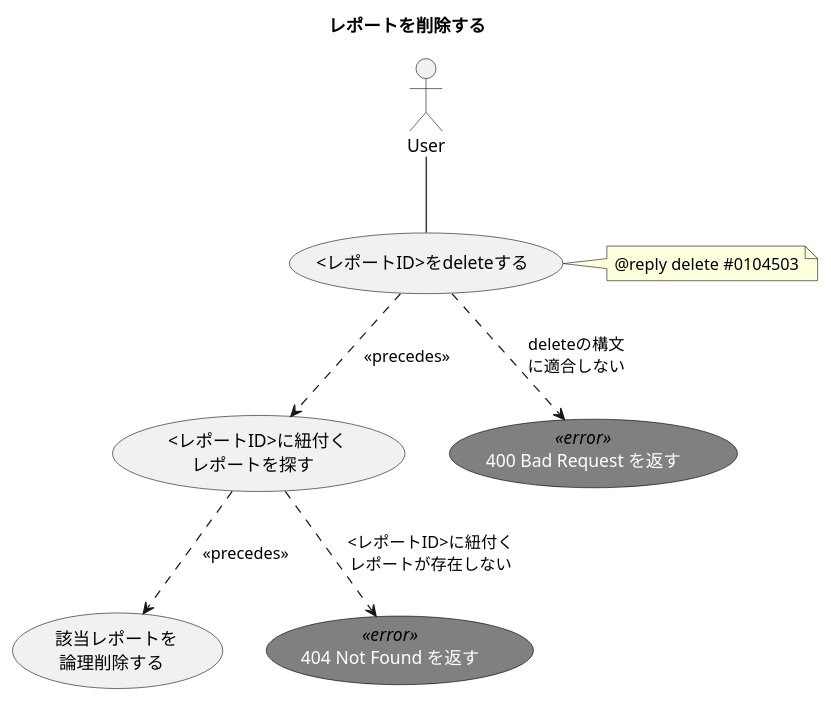
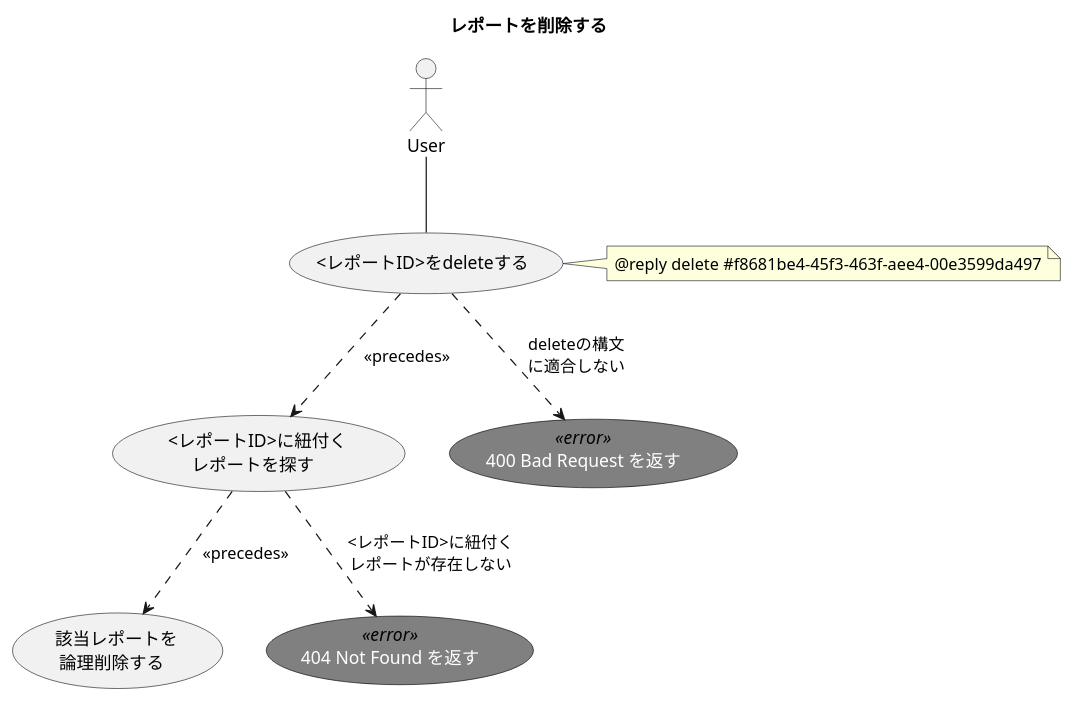
Before and after one commit to ito-masam/kpt-guard.doc: the diagram in 1.design/2.usecases/delete-report.md, drawn with PlantUML. The commit also changed 9 other files, not shown here.

```diff
--- a/1.design/2.usecases/delete-report.md
+++ b/1.design/2.usecases/delete-report.md
@@ -1,31 +1,31 @@
 @startuml
 
     ' ----------- meta
     title レポートを削除する
 
     skinparam usecase {
       FontColor<<error>> white
       FontName<<error>> Verdana
       BackgroundColor<<error>> gray
       BorderColor<<error>> black
     }
 
     actor User
 
     ' ----------- main
     User -- ( <レポートID>をdeleteする )
     ( <レポートID>をdeleteする ) ..> ( <レポートID>に紐付く\nレポートを探す ) : << precedes >>
     ( <レポートID>に紐付く\nレポートを探す ) ..> ( 該当レポートを\n論理削除する ) : << precedes >>
 
     note right of ( <レポートID>をdeleteする )
-      @reply delete #0104503
+      @reply delete #f8681be4-45f3-463f-aee4-00e3599da497
     end note
 
     ' ----------- alternative
     ( 400 Bad Request を返す ) <<error>>
     ( <レポートID>をdeleteする ) ..> ( 400 Bad Request を返す ) : deleteの構文\nに適合しない
 
     ( 404 Not Found を返す ) <<error>>
     ( <レポートID>に紐付く\nレポートを探す ) ..> ( 404 Not Found を返す ) : <レポートID>に紐付く\nレポートが存在しない
 
 @enduml
```
